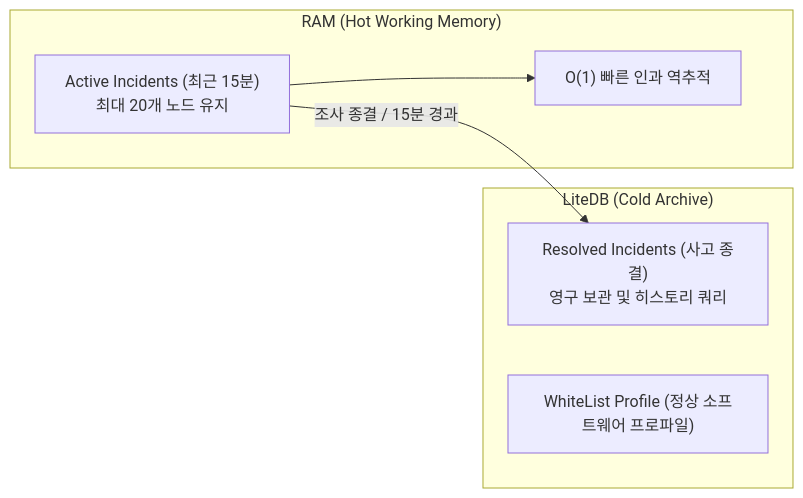
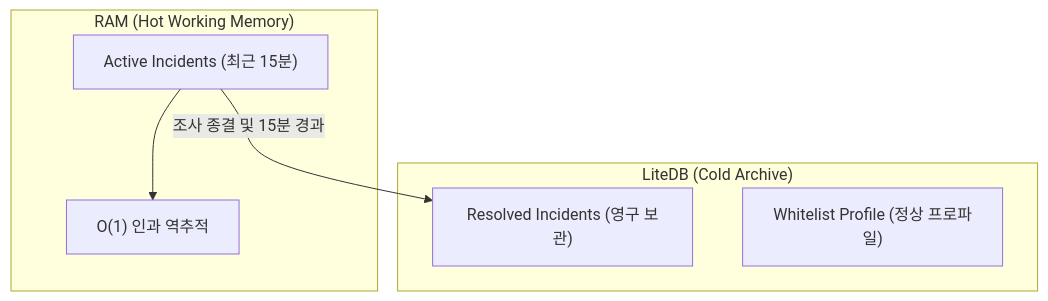
Before and after one commit to jin20203458/Obsidian.Agent: the second of 2 diagrams in Phalanx/docs/02_ai_agent_investigation_design.md, drawn with Mermaid. The commit also changed other lines of this file and 3 other files, not shown here.

````diff
--- a/Phalanx/docs/02_ai_agent_investigation_design.md
+++ b/Phalanx/docs/02_ai_agent_investigation_design.md
@@ -73,14 +73,14 @@
 ```mermaid
-flowchart LR
+flowchart TD
     subgraph RAM ["RAM (Hot Working Memory)"]
-        Active["Active Incidents (최근 15분)\n최대 20개 노드 유지"]
-        Active --> QuickQuery["O(1) 빠른 인과 역추적"]
+        Active["Active Incidents (최근 15분)"]
+        Active --> QuickQuery["O(1) 인과 역추적"]
     end
 
     subgraph DISK ["LiteDB (Cold Archive)"]
-        Resolved["Resolved Incidents (사고 종결)\n영구 보관 및 히스토리 쿼리"]
-        Normal["WhiteList Profile (정상 소프트웨어 프로파일)"]
+        Resolved["Resolved Incidents (영구 보관)"]
+        Normal["Whitelist Profile (정상 프로파일)"]
     end
 
-    Active -- "조사 종결 / 15분 경과" --> Resolved
+    Active -->|"조사 종결 및 15분 경과"| Resolved
 ```
````
